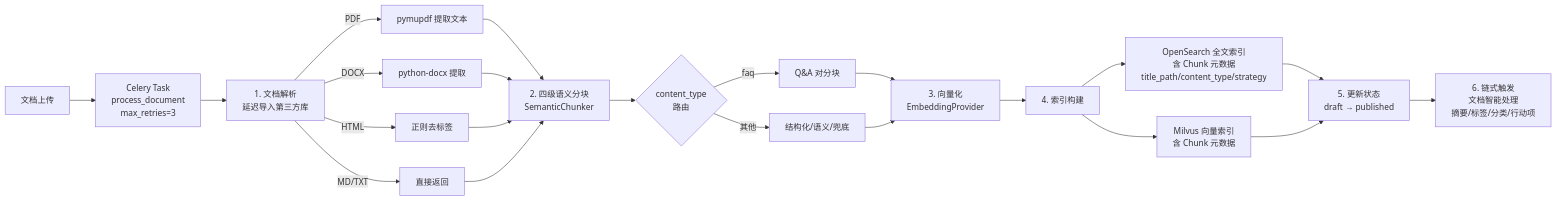
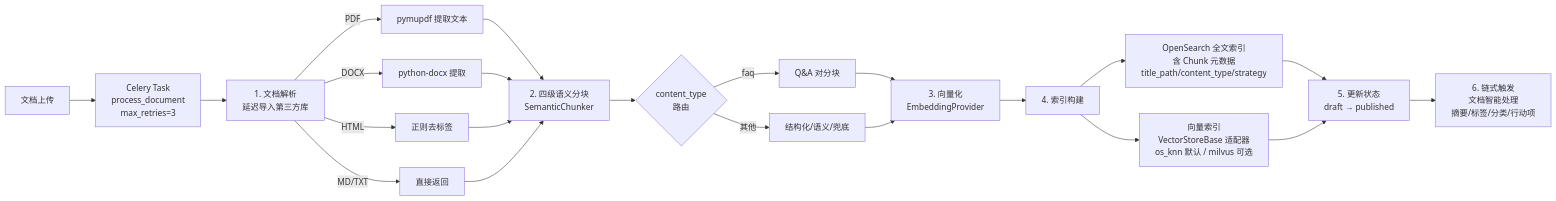
Diagram 21 of 22 in README.md (jamesfeng2009/KnowledgeBase), drawn with Mermaid before and after one commit. The commit also changed other lines of this file, not shown here.

First line of the commit message:
docs: README 更新向量存储适配器模式 — 默认 OpenSearch k-NN，Milvus 可选

````diff
--- a/README.md
+++ b/README.md
@@ -950,25 +968,25 @@
 ```mermaid
 flowchart LR
     UPLOAD[文档上传] --> CELERY[Celery Task<br/>process_document<br/>max_retries=3]
 
     CELERY --> PARSE[1. 文档解析<br/>延迟导入第三方库]
     PARSE -->|PDF| PYMUPDF[pymupdf 提取文本]
     PARSE -->|DOCX| DOCX[python-docx 提取]
     PARSE -->|HTML| REGEX[正则去标签]
     PARSE -->|MD/TXT| DIRECT[直接返回]
 
     PYMUPDF & DOCX & REGEX & DIRECT --> CHUNK[2. 四级语义分块<br/>SemanticChunker]
 
     CHUNK --> QA_CHECK{content_type<br/>路由}
     QA_CHECK -->|faq| QA_SPLIT[Q&A 对分块]
     QA_CHECK -->|其他| STRUCT[结构化/语义/兜底]
 
     QA_SPLIT & STRUCT --> EMBED[3. 向量化<br/>EmbeddingProvider]
 
     EMBED --> INDEX[4. 索引构建]
     INDEX --> OS_INDEX[OpenSearch 全文索引<br/>含 Chunk 元数据<br/>title_path/content_type/strategy]
-    INDEX --> MILVUS_INDEX[Milvus 向量索引<br/>含 Chunk 元数据]
+    INDEX --> VEC_INDEX[向量索引<br/>VectorStoreBase 适配器<br/>os_knn 默认 / milvus 可选]
 
-    OS_INDEX & MILVUS_INDEX --> STATUS[5. 更新状态<br/>draft → published]
+    OS_INDEX & VEC_INDEX --> STATUS[5. 更新状态<br/>draft → published]
     STATUS --> INTEL[6. 链式触发<br/>文档智能处理<br/>摘要/标签/分类/行动项]
 ```
````
